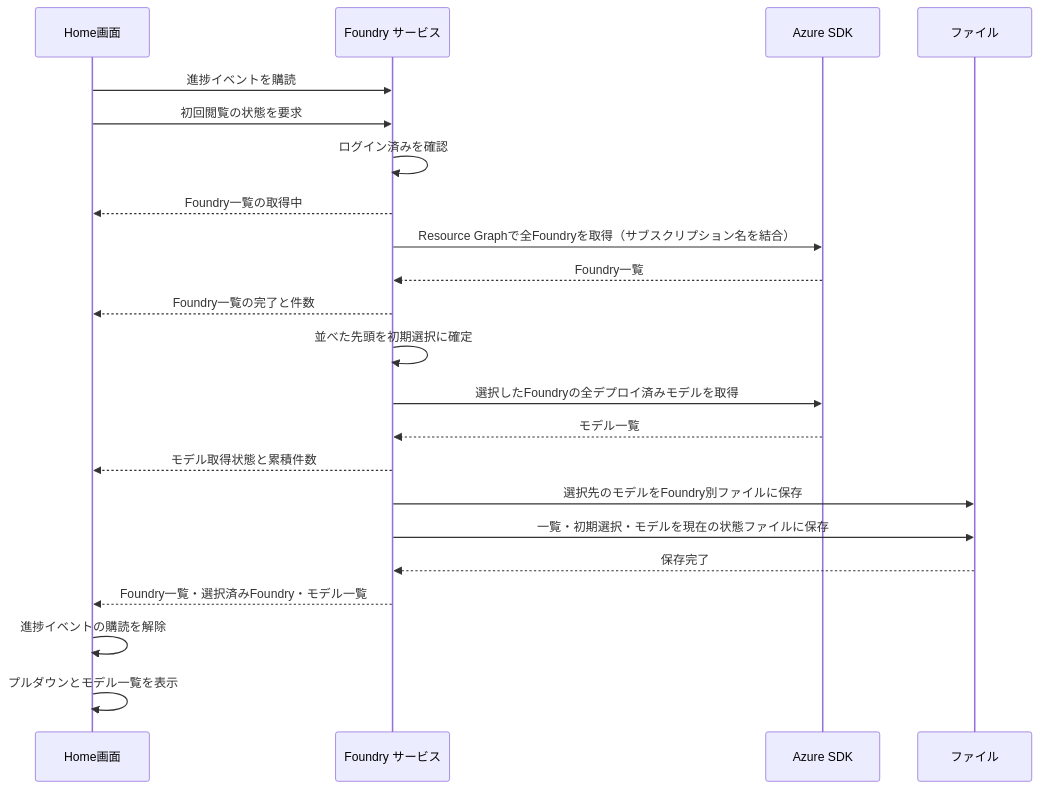
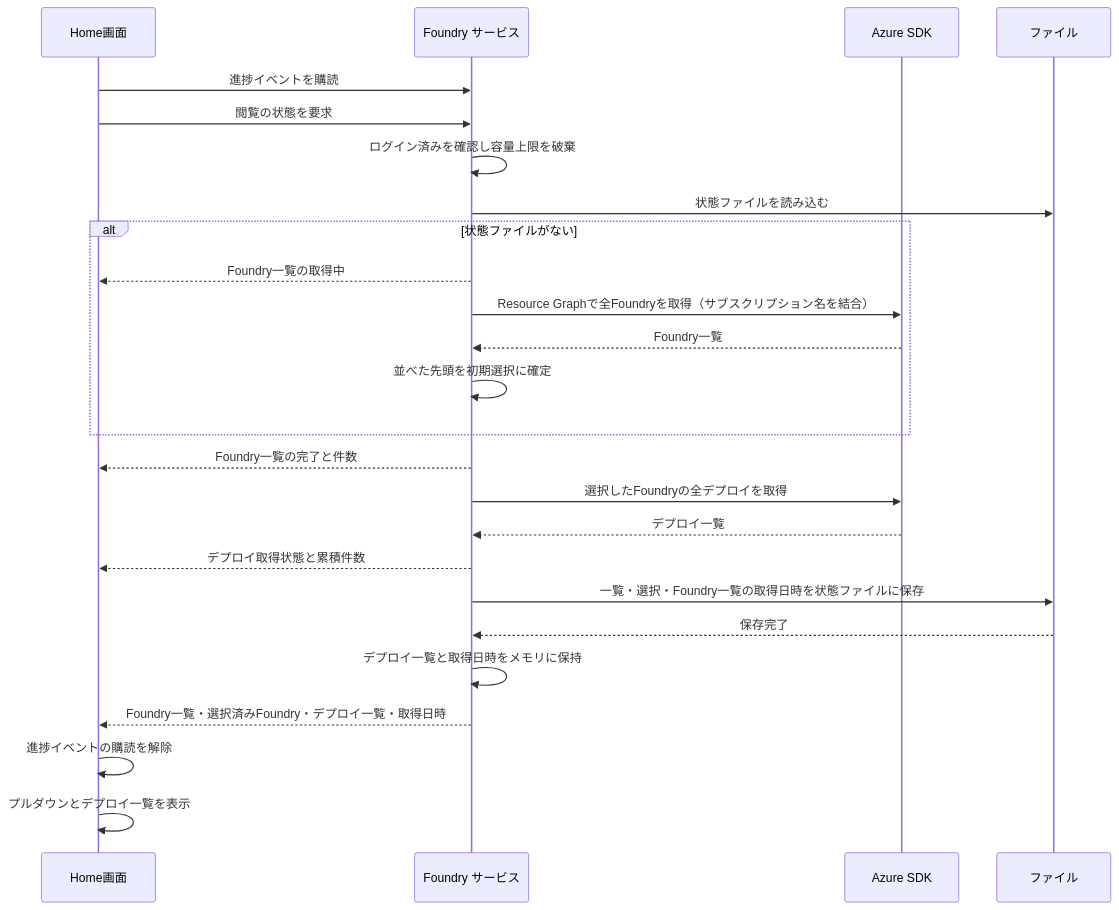
The third of 5 diagrams in docs/design/UCP-1.md (nuitsjp/azfoundry-deck), drawn with Mermaid before and after one commit. The commit also changed other lines of this file and 88 other files, not shown here.

````diff
--- a/docs/design/UCP-1.md
+++ b/docs/design/UCP-1.md
@@ -79,24 +79,27 @@
 ```mermaid
 sequenceDiagram
   participant U as Home画面
   participant S as Foundry サービス
   participant K as Azure SDK
   participant F as ファイル
   U->>S: 進捗イベントを購読
-  U->>S: 初回閲覧の状態を要求
-  S->>S: ログイン済みを確認
-  S-->>U: Foundry一覧の取得中
-  S->>K: Resource Graphで全Foundryを取得（サブスクリプション名を結合）
-  K-->>S: Foundry一覧
+  U->>S: 閲覧の状態を要求
+  S->>S: ログイン済みを確認し容量上限を破棄
+  S->>F: 状態ファイルを読み込む
+  alt 状態ファイルがない
+    S-->>U: Foundry一覧の取得中
+    S->>K: Resource Graphで全Foundryを取得（サブスクリプション名を結合）
+    K-->>S: Foundry一覧
+    S->>S: 並べた先頭を初期選択に確定
+  end
   S-->>U: Foundry一覧の完了と件数
-  S->>S: 並べた先頭を初期選択に確定
-  S->>K: 選択したFoundryの全デプロイ済みモデルを取得
-  K-->>S: モデル一覧
-  S-->>U: モデル取得状態と累積件数
-  S->>F: 選択先のモデルをFoundry別ファイルに保存
-  S->>F: 一覧・初期選択・モデルを現在の状態ファイルに保存
+  S->>K: 選択したFoundryの全デプロイを取得
+  K-->>S: デプロイ一覧
+  S-->>U: デプロイ取得状態と累積件数
+  S->>F: 一覧・選択・Foundry一覧の取得日時を状態ファイルに保存
   F-->>S: 保存完了
-  S-->>U: Foundry一覧・選択済みFoundry・モデル一覧
+  S->>S: デプロイ一覧と取得日時をメモリに保持
+  S-->>U: Foundry一覧・選択済みFoundry・デプロイ一覧・取得日時
   U->>U: 進捗イベントの購読を解除
-  U->>U: プルダウンとモデル一覧を表示
+  U->>U: プルダウンとデプロイ一覧を表示
 ```
````
